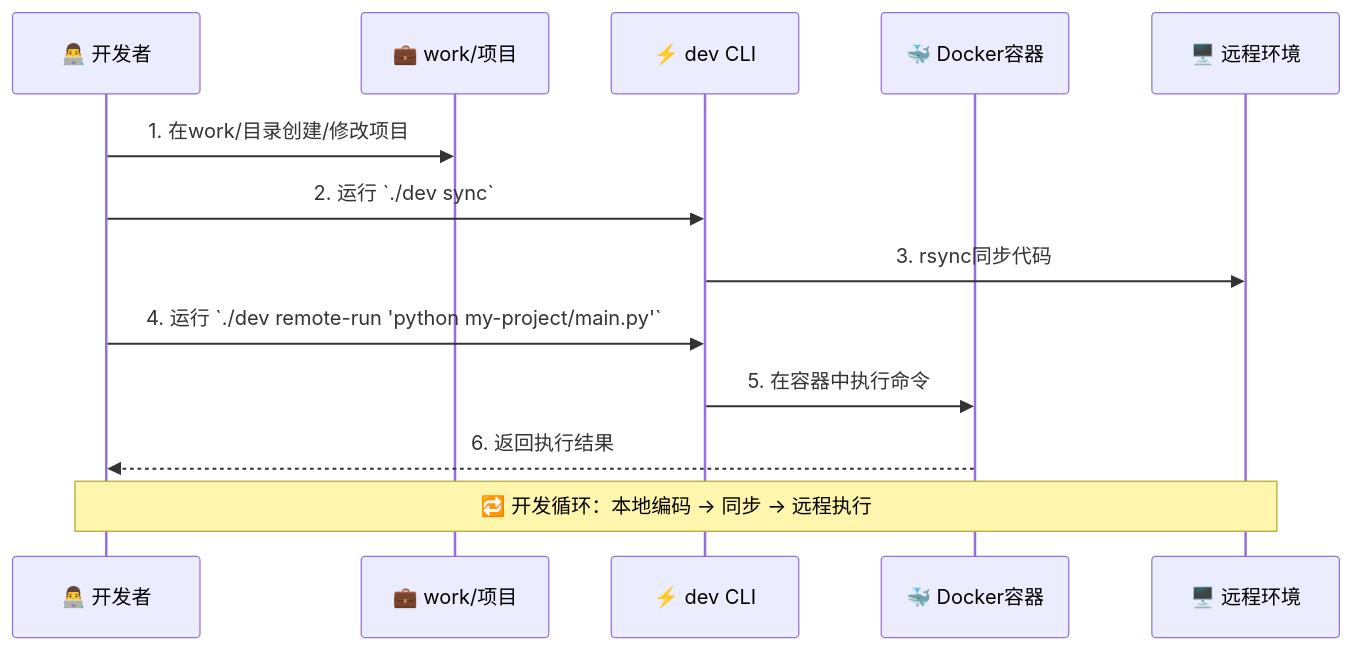
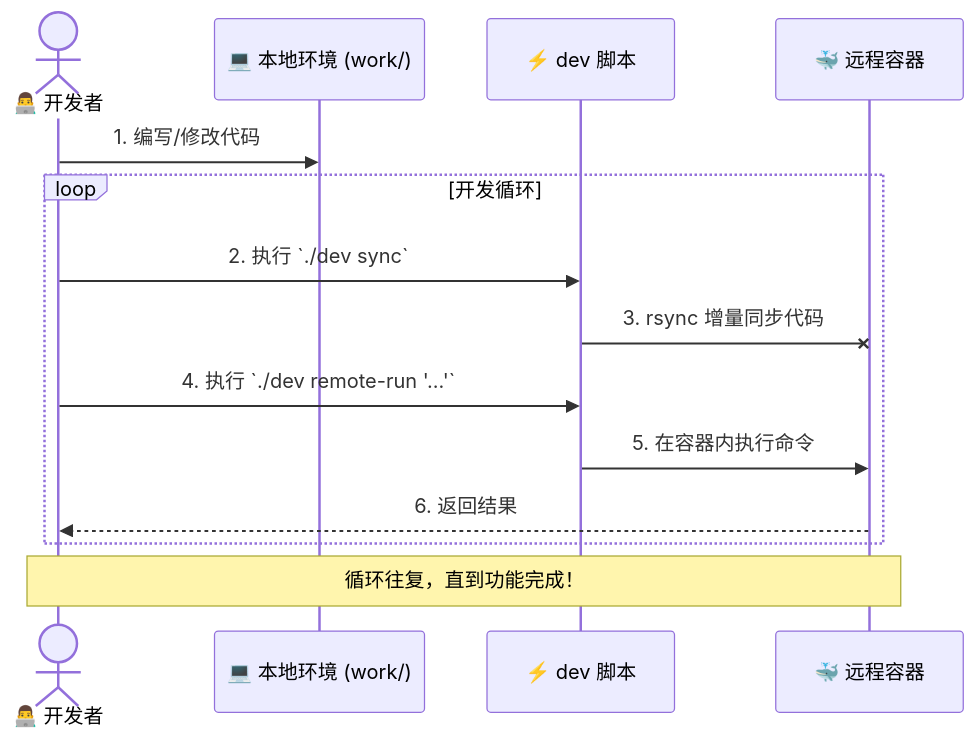
One commit to Zhang-Jingdian/remote-dev changed the second of 2 diagrams in README.md. Above: the diagram before and after it, drawn with Mermaid. The commit also changed other lines of this file, not shown here.

First line of the commit message:
docs(Mermaid): 优化系统架构图和工作流程图

````diff
--- a/README.md
+++ b/README.md
@@ -67,18 +72,20 @@
 ```mermaid
 sequenceDiagram
-    participant Dev as 👨‍💻 开发者
-    participant Work as 💼 work/项目
-    participant CLI as ⚡ dev CLI
-    participant Docker as 🐳 Docker容器
-    participant Remote as 🖥️ 远程环境
+    actor Dev as 👨‍💻 开发者
+    participant Local as 💻 本地环境 (work/)
+    participant CLI as ⚡ dev 脚本
+    participant Remote as 🐳 远程容器
 
-    Dev->>Work: 1. 在work/目录创建/修改项目
-    Dev->>CLI: 2. 运行 `./dev sync`
-    CLI->>Remote: 3. rsync同步代码
+    Dev->>Local: 1. 编写/修改代码
     
-    Dev->>CLI: 4. 运行 `./dev remote-run 'python my-project/main.py'`
-    CLI->>Docker: 5. 在容器中执行命令
-    Docker-->>Dev: 6. 返回执行结果
-    
-    Note over Dev,Remote: 🔁 开发循环：本地编码 -> 同步 -> 远程执行
+    loop 开发循环
+        Dev->>CLI: 2. 执行 `./dev sync`
+        CLI-xRemote: 3. rsync 增量同步代码
+        
+        Dev->>CLI: 4. 执行 `./dev remote-run '...'`
+        CLI->>Remote: 5. 在容器内执行命令
+        Remote-->>Dev: 6. 返回结果
+    end
+
+    Note over Dev,Remote: 循环往复，直到功能完成！
 ```
````
